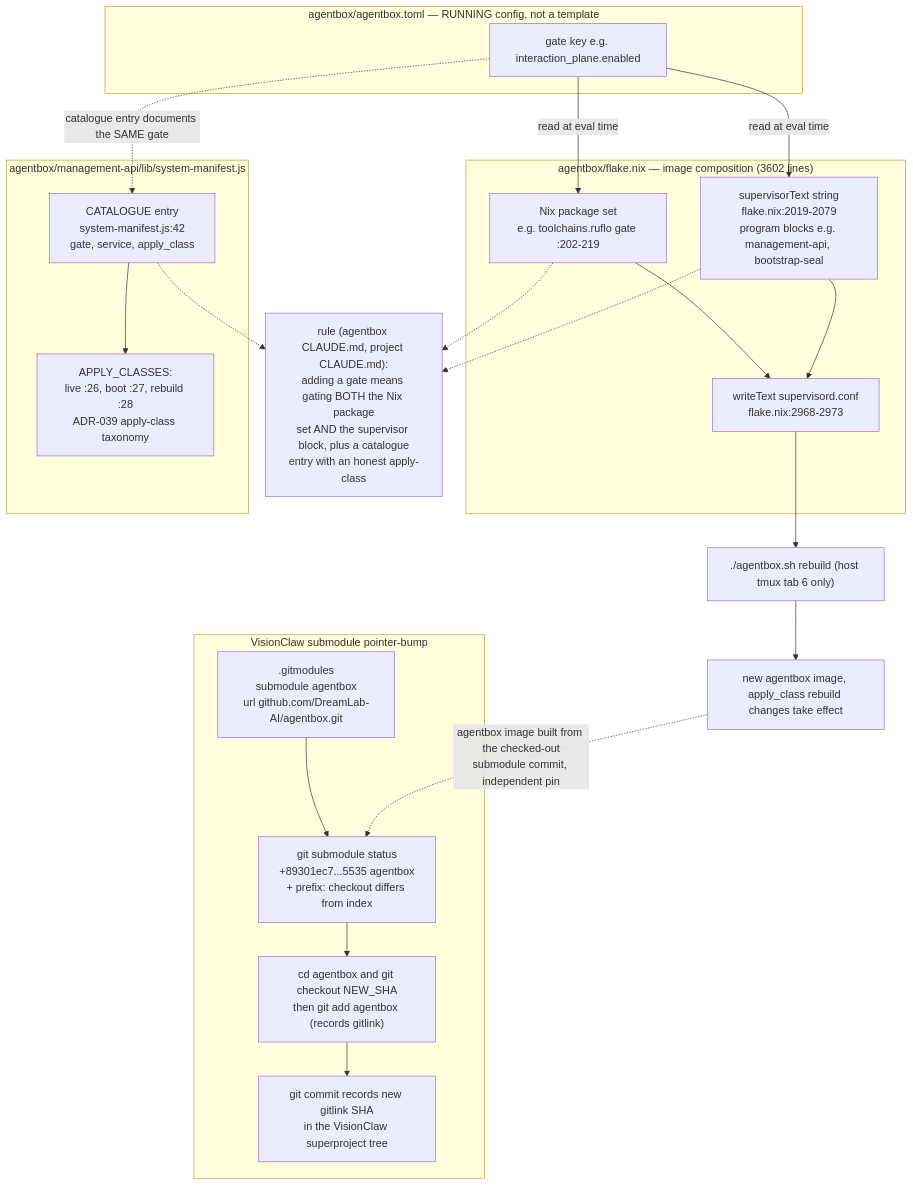
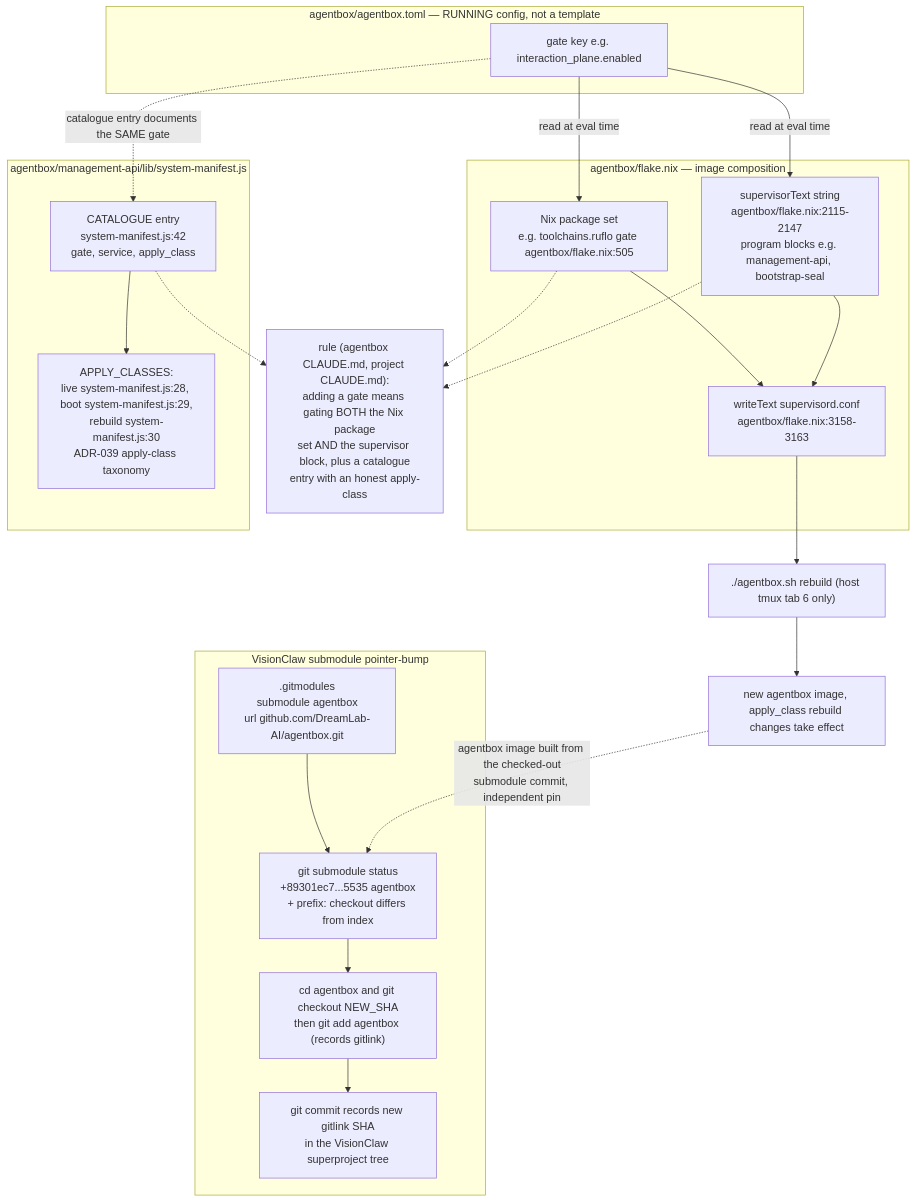
The tenth of 21 diagrams in docs/diagrams/estate/09-build-deploy-and-ci-estate.md (DreamLab-AI/VisionFlow), drawn with Mermaid before and after one commit. The commit also changed other lines of this file and 51 other files, not shown here.

First line of the commit message:
docs(diagrams): agentbox AB-01..13 re-attested anchor by anchor (980 anchors, 22 defects); checkpoint against an out-of-mesh writer

````diff
--- a/docs/diagrams/estate/09-build-deploy-and-ci-estate.md
+++ b/docs/diagrams/estate/09-build-deploy-and-ci-estate.md
@@ -347,42 +347,42 @@
 ```mermaid
 flowchart TB
-    subgraph FLAKE["agentbox/flake.nix — image composition (3602 lines)"]
-        NIXPKG["Nix package set<br/>e.g. toolchains.ruflo gate :202-219"]
-        SUPTEXT["supervisorText string<br/>flake.nix:2019-2079<br/>program blocks e.g. management-api, bootstrap-seal"]
-        SUPWRITE["writeText supervisord.conf<br/>flake.nix:2968-2973"]
+    subgraph FLAKE["agentbox/flake.nix — image composition"]
+        NIXPKG["Nix package set<br/>e.g. toolchains.ruflo gate agentbox/flake.nix:505"]
+        SUPTEXT["supervisorText string<br/>agentbox/flake.nix:2115-2147<br/>program blocks e.g. management-api, bootstrap-seal"]
+        SUPWRITE["writeText supervisord.conf<br/>agentbox/flake.nix:3158-3163"]
     end
     subgraph TOML["agentbox/agentbox.toml — RUNNING config, not a template"]
         GATEKEY["gate key e.g. interaction_plane.enabled"]
     end
     subgraph MANIFEST["agentbox/management-api/lib/system-manifest.js"]
         CATALOGUE["CATALOGUE entry<br/>system-manifest.js:42<br/>gate, service, apply_class"]
-        APPLYCLASS["APPLY_CLASSES:<br/>live :26, boot :27, rebuild :28<br/>ADR-039 apply-class taxonomy"]
+        APPLYCLASS["APPLY_CLASSES:<br/>live system-manifest.js:28, boot system-manifest.js:29,<br/>rebuild system-manifest.js:30<br/>ADR-039 apply-class taxonomy"]
     end
 
     GATEKEY -->|"read at eval time"| NIXPKG
     GATEKEY -->|"read at eval time"| SUPTEXT
     NIXPKG --> SUPWRITE
     SUPTEXT --> SUPWRITE
     GATEKEY -.->|"catalogue entry documents the SAME gate"| CATALOGUE
     CATALOGUE --> APPLYCLASS
 
     RULE["rule (agentbox CLAUDE.md, project CLAUDE.md):<br/>adding a gate means gating BOTH the Nix package<br/>set AND the supervisor block, plus a catalogue<br/>entry with an honest apply-class"]
     NIXPKG -.-> RULE
     SUPTEXT -.-> RULE
     CATALOGUE -.-> RULE
 
     REBUILD["./agentbox.sh rebuild (host tmux tab 6 only)"]
     SUPWRITE --> REBUILD
     REBUILD --> IMAGE["new agentbox image, apply_class rebuild changes take effect"]
 
     subgraph SUBMOD["VisionClaw submodule pointer-bump"]
         GITMODULES[".gitmodules<br/>submodule agentbox<br/>url github.com/DreamLab-AI/agentbox.git"]
         SUBSTATUS["git submodule status<br/>+89301ec7...5535 agentbox<br/>+ prefix: checkout differs from index"]
         SUBUPDATE["cd agentbox and git checkout NEW_SHA<br/>then git add agentbox (records gitlink)"]
         SUBCOMMIT["git commit records new gitlink SHA<br/>in the VisionClaw superproject tree"]
     end
     GITMODULES --> SUBSTATUS
     SUBSTATUS --> SUBUPDATE
     SUBUPDATE --> SUBCOMMIT
     IMAGE -.->|"agentbox image built from the checked-out<br/>submodule commit, independent pin"| SUBSTATUS
 ```
````
